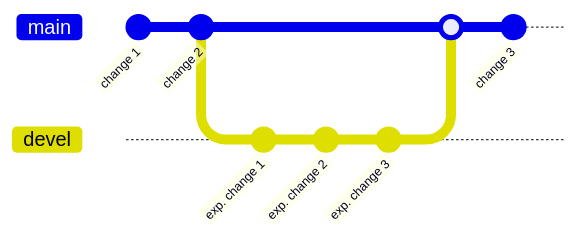
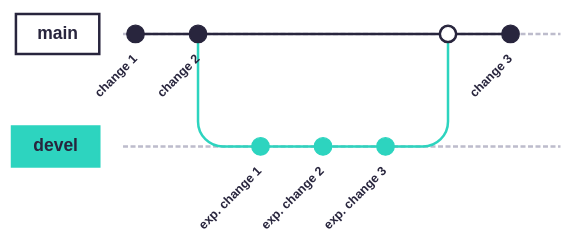
Diagram 16 of 24 in src/git.md (abilandz/NAT3054), drawn with Mermaid before and after one commit. The commit also changed other lines of this file, not shown here.

Commit message:
switch to redux-color theme in gitGraphs, for better visibility in MkDocs

````diff
--- a/src/git.md
+++ b/src/git.md
@@ -1320,12 +1340,15 @@
 ```mermaid
-	gitGraph
-       commit id: "change 1"
-       commit id: "change 2"
-       branch devel
-       commit id: "exp. change 1"
-       commit id: "exp. change 2"
-       commit id: "exp. change 3"
-       checkout main
-       merge devel
-       commit id: "change 3"
+%%{init: {
+  'theme': 'redux-color'
+}}%%
+gitGraph
+   commit id: "change 1"
+   commit id: "change 2"
+   branch devel
+   commit id: "exp. change 1"
+   commit id: "exp. change 2"
+   commit id: "exp. change 3"
+   checkout main
+   merge devel
+   commit id: "change 3"
 ```
````
